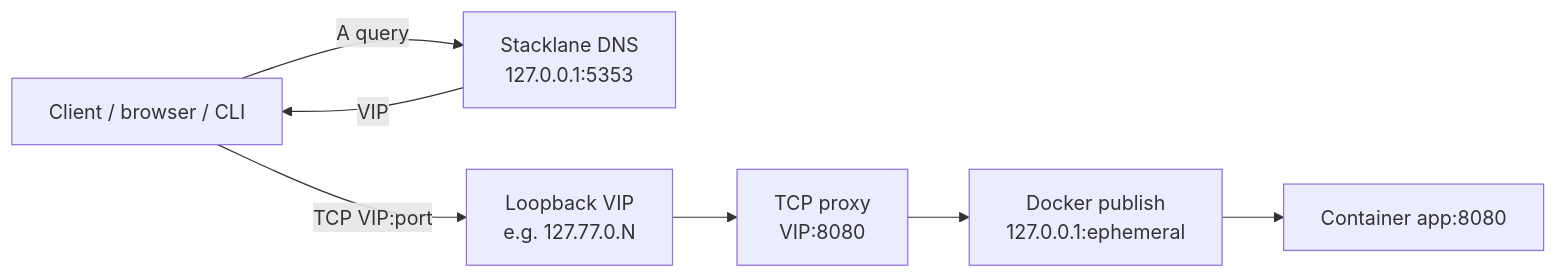
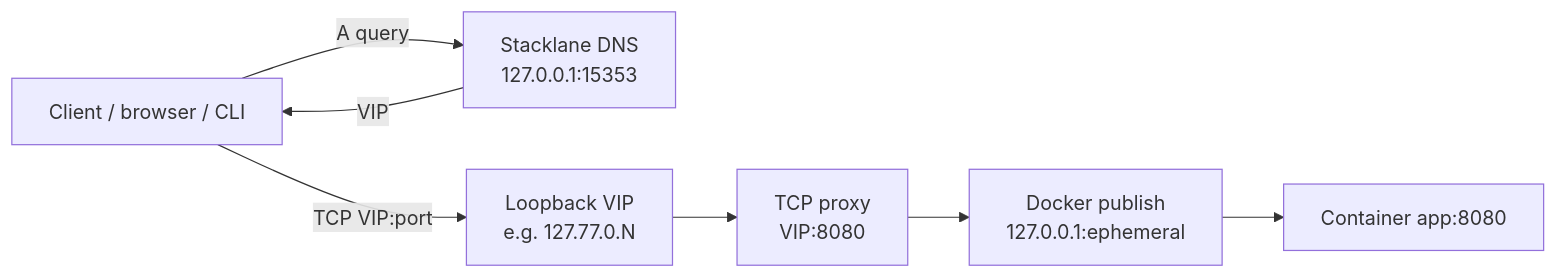
One commit to aleksclark/stacklane changed the diagram in README.md. Above: the diagram before and after it, drawn with Mermaid. The commit also changed other lines of this file and 6 other files, not shown here.

````diff
--- a/README.md
+++ b/README.md
@@ -21,16 +21,16 @@
 ```mermaid
 flowchart LR
   Client[Client / browser / CLI]
-  DNS[Stacklane DNS<br/>127.0.0.1:5353]
+  DNS[Stacklane DNS<br/>127.0.0.1:15353]
   VIP[Loopback VIP<br/>e.g. 127.77.0.N]
   Proxy[TCP proxy<br/>VIP:8080]
   HostPort[Docker publish<br/>127.0.0.1:ephemeral]
   Ctr[Container app:8080]
 
   Client -->|A query| DNS
   DNS -->|VIP| Client
   Client -->|TCP VIP:port| VIP
   VIP --> Proxy
   Proxy --> HostPort
   HostPort --> Ctr
 ```
````
